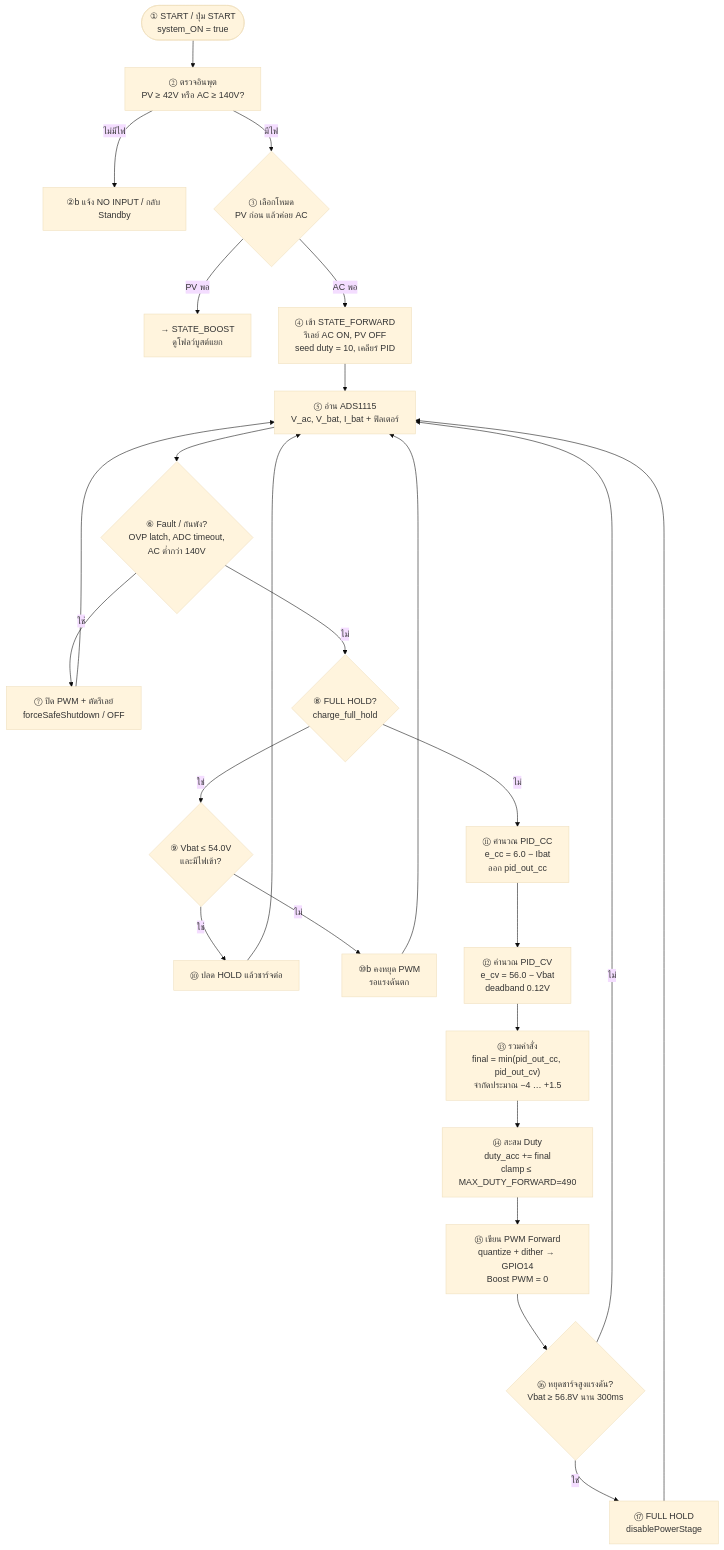
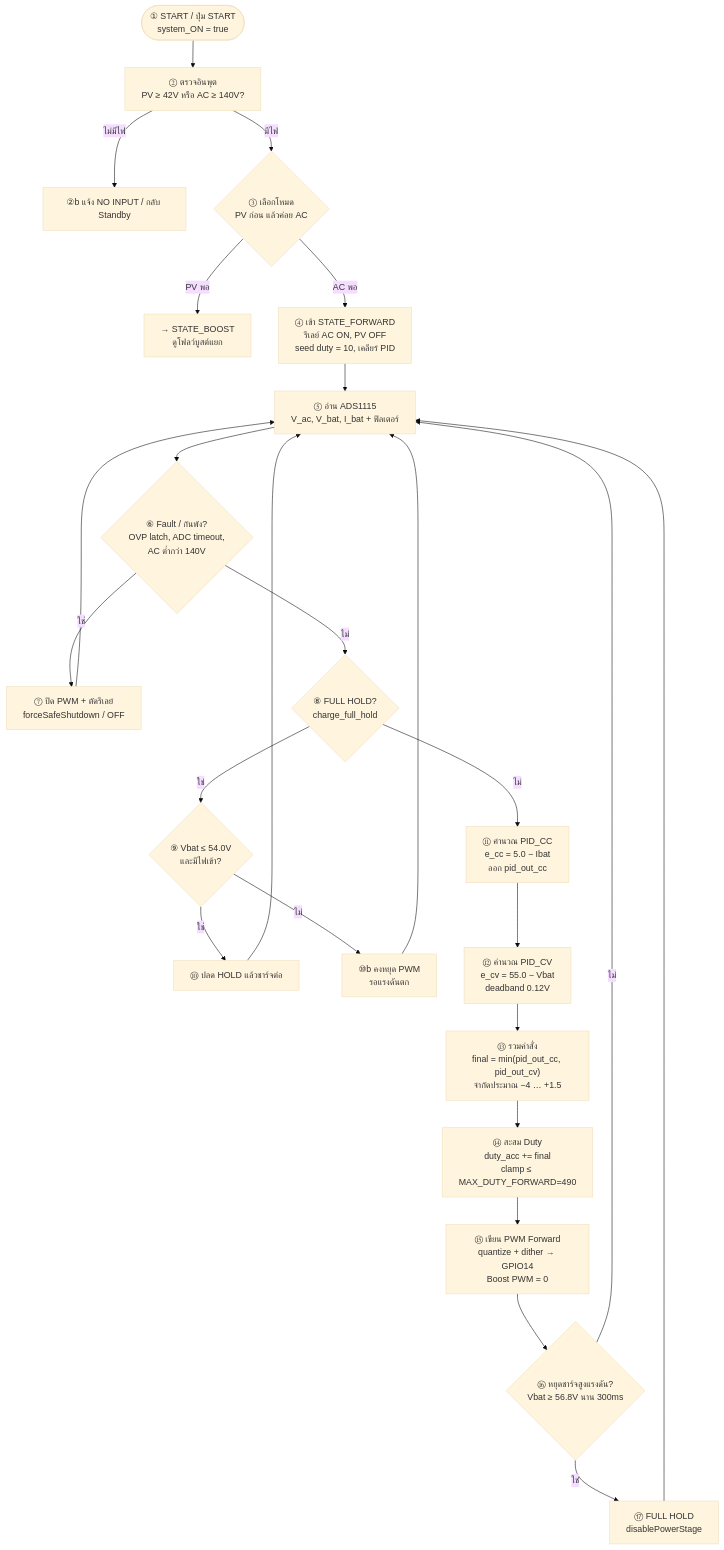
One commit to phoomipornker-code/code changed the diagram in docs/flowchart-forward-firmware.mmd. Above: the diagram before and after it, drawn with Mermaid (base theme). The commit also changed 5 other files, not shown here.

```diff
--- a/docs/flowchart-forward-firmware.mmd
+++ b/docs/flowchart-forward-firmware.mmd
@@ -1,25 +1,25 @@
 flowchart TD
     A(["① START / ปุ่ม START<br/>system_ON = true"]) --> B["② ตรวจอินพุต<br/>PV ≥ 42V หรือ AC ≥ 140V?"]
     B -- ไม่มีไฟ --> Z["②b แจ้ง NO INPUT / กลับ Standby"]
     B -- มีไฟ --> C{"③ เลือกโหมด<br/>PV ก่อน แล้วค่อย AC"}
     C -- PV พอ --> BOOST["→ STATE_BOOST<br/>ดูโฟลว์บูสต์แยก"]
     C -- AC พอ --> D["④ เข้า STATE_FORWARD<br/>รีเลย์ AC ON, PV OFF<br/>seed duty = 10, เคลียร์ PID"]
     D --> E["⑤ อ่าน ADS1115<br/>V_ac, V_bat, I_bat + ฟิลเตอร์"]
     E --> F{"⑥ Fault / กันพัง?<br/>OVP latch, ADC timeout,<br/>AC ต่ำกว่า 140V"}
     F -- ใช่ --> G["⑦ ปิด PWM + ตัดรีเลย์<br/>forceSafeShutdown / OFF"]
     G --> E
     F -- ไม่ --> H{"⑧ FULL HOLD?<br/>charge_full_hold"}
     H -- ใช่ --> I{"⑨ Vbat ≤ 54.0V<br/>และมีไฟเข้า?"}
     I -- ใช่ --> J["⑩ ปลด HOLD แล้วชาร์จต่อ"]
     I -- ไม่ --> K["⑩b คงหยุด PWM<br/>รอแรงดันตก"]
     K --> E
     J --> E
-    H -- ไม่ --> L["⑪ คำนวณ PID_CC<br/>e_cc = 6.0 − Ibat<br/>ออก pid_out_cc"]
-    L --> M["⑫ คำนวณ PID_CV<br/>e_cv = 56.0 − Vbat<br/>deadband 0.12V"]
+    H -- ไม่ --> L["⑪ คำนวณ PID_CC<br/>e_cc = 5.0 − Ibat<br/>ออก pid_out_cc"]
+    L --> M["⑫ คำนวณ PID_CV<br/>e_cv = 55.0 − Vbat<br/>deadband 0.12V"]
     M --> N["⑬ รวมคำสั่ง<br/>final = min(pid_out_cc, pid_out_cv)<br/>จำกัดประมาณ −4 … +1.5"]
     N --> O["⑭ สะสม Duty<br/>duty_acc += final<br/>clamp ≤ MAX_DUTY_FORWARD=490"]
     O --> P["⑮ เขียน PWM Forward<br/>quantize + dither → GPIO14<br/>Boost PWM = 0"]
     P --> Q{"⑯ หยุดชาร์จสูงแรงดัน?<br/>Vbat ≥ 56.8V นาน 300ms"}
     Q -- ใช่ --> R["⑰ FULL HOLD<br/>disablePowerStage"]
     Q -- ไม่ --> E
     R --> E
```
